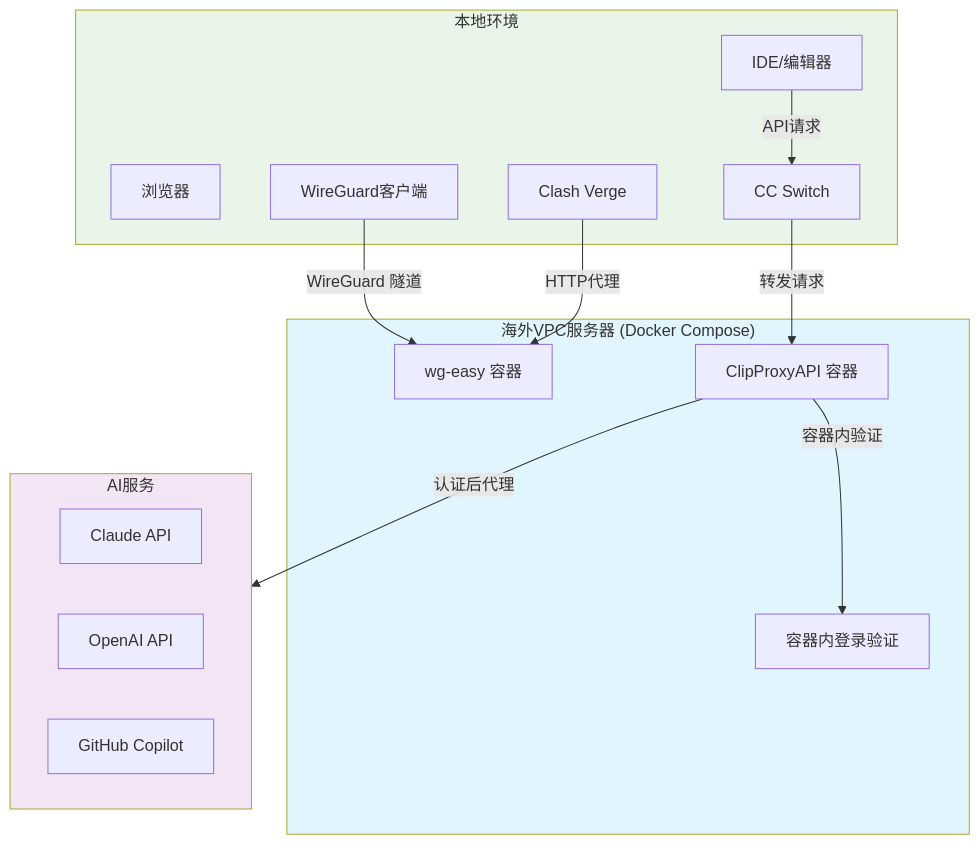
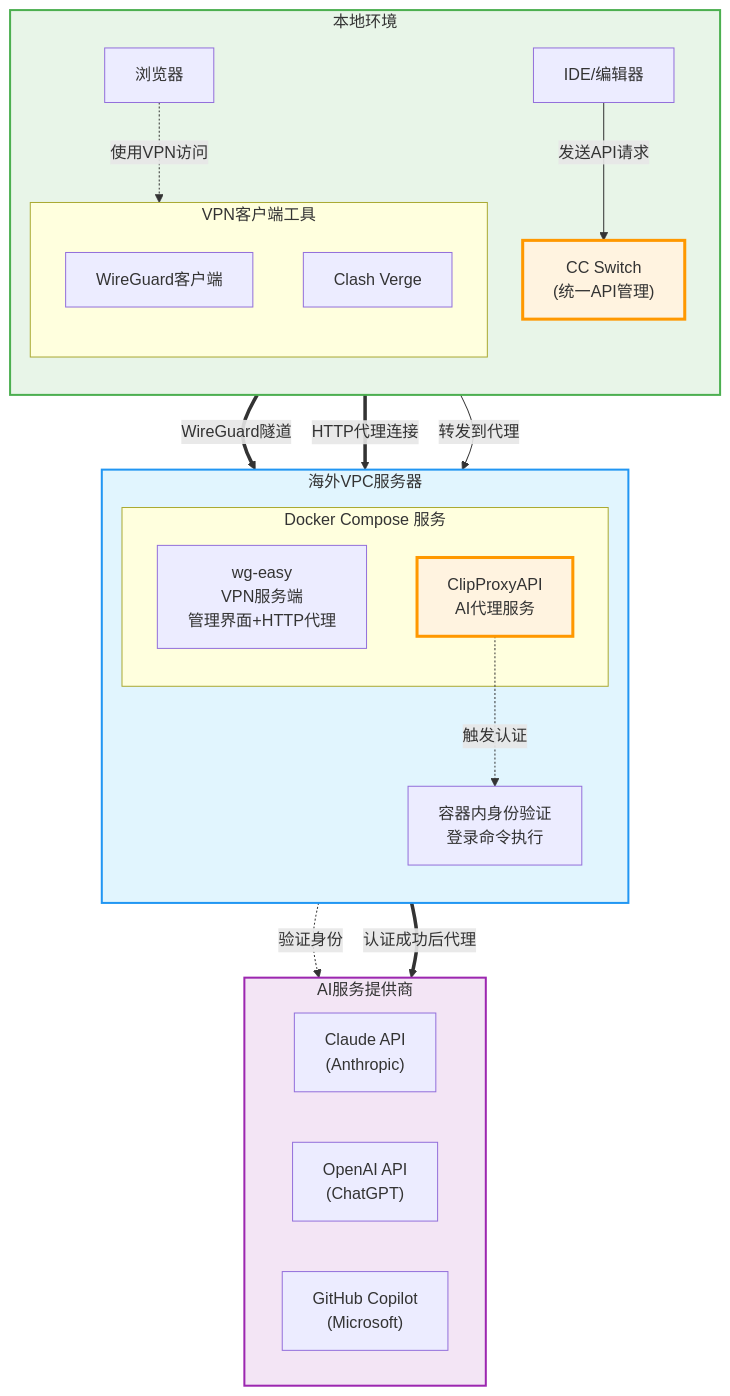
Before and after one commit to zhaofutao04/zblog: the diagram in docs/_posts/overseas-dev-environment.md, drawn with Mermaid. The commit also changed other lines of this file, not shown here.

Commit message:
docs: 优化海外开发环境架构图设计
架构图改进：
- 修正浏览器连接关系：浏览器→VPN客户端工具
- 增加容器内登录验证与AI服务的连接关系
- 优化布局设计：垂直分层，逻辑清晰
- 改进视觉效果：色彩分区，关键组件突出
- 修复Mermaid语法问题，确保正确渲染

````diff
--- a/docs/_posts/overseas-dev-environment.md
+++ b/docs/_posts/overseas-dev-environment.md
@@ -22,33 +22,59 @@
 ```mermaid
-flowchart TB
+flowchart TD
     subgraph Local["本地环境"]
+        direction TB
+        Browser[浏览器]
         IDE[IDE/编辑器]
-        Browser[浏览器]
-        WGClient[WireGuard客户端]
-        Clash[Clash Verge]
-        CCSwitch[CC Switch]
+        subgraph VPNClients["VPN客户端工具"]
+            WGClient[WireGuard客户端]
+            Clash[Clash Verge]
+        end
+        CCSwitch["CC Switch<br/>(统一API管理)"]
     end
 
-    subgraph VPC["海外VPC服务器 (Docker Compose)"]
-        WGEasy[wg-easy 容器]
-        ClipProxy[ClipProxyAPI 容器]
-        LoginCmd[容器内登录验证]
+    subgraph VPC["海外VPC服务器"]
+        direction TB
+        subgraph DockerServices["Docker Compose 服务"]
+            WGEasy["wg-easy<br/>VPN服务端<br/>管理界面+HTTP代理"]
+            ClipProxy["ClipProxyAPI<br/>AI代理服务"]
+        end
+        LoginProcess["容器内身份验证<br/>登录命令执行"]
     end
 
-    subgraph Services["AI服务"]
-        Claude[Claude API]
-        OpenAI[OpenAI API]
-        GitHub[GitHub Copilot]
+    subgraph AIServices["AI服务提供商"]
+        direction LR
+        Claude["Claude API<br/>(Anthropic)"]
+        OpenAI["OpenAI API<br/>(ChatGPT)"]
+        GitHub["GitHub Copilot<br/>(Microsoft)"]
     end
 
-    WGClient -->|WireGuard 隧道| WGEasy
-    Clash -->|HTTP代理| WGEasy
-    IDE -->|API请求| CCSwitch
-    CCSwitch -->|转发请求| ClipProxy
-    ClipProxy -->|容器内验证| LoginCmd
-    ClipProxy -->|认证后代理| Services
+    %% 浏览器连接VPN
+    Browser -.->|使用VPN访问| VPNClients
 
-    style VPC fill:#e1f5fe
-    style Services fill:#f3e5f5
-    style Local fill:#e8f5e8
+    %% VPN隧道连接
+    WGClient ==>|WireGuard隧道| WGEasy
+    Clash ==>|HTTP代理连接| WGEasy
+
+    %% API调用链路
+    IDE -->|发送API请求| CCSwitch
+    CCSwitch -->|转发到代理| ClipProxy
+
+    %% 认证流程
+    ClipProxy -.->|触发认证| LoginProcess
+    LoginProcess -.->|验证身份| AIServices
+
+    %% 正常API代理
+    ClipProxy ==>|认证成功后代理| AIServices
+
+    %% 样式定义
+    classDef localBox fill:#e8f5e8,stroke:#4caf50,stroke-width:2px
+    classDef vpcBox fill:#e1f5fe,stroke:#2196f3,stroke-width:2px
+    classDef serviceBox fill:#f3e5f5,stroke:#9c27b0,stroke-width:2px
+    classDef keyComponent fill:#fff3e0,stroke:#ff9800,stroke-width:3px
+
+    %% 应用样式
+    class Local localBox
+    class VPC vpcBox
+    class AIServices serviceBox
+    class CCSwitch,ClipProxy keyComponent
 ```
````
